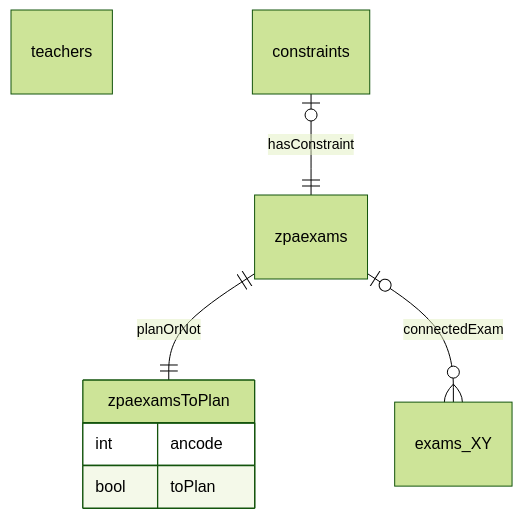
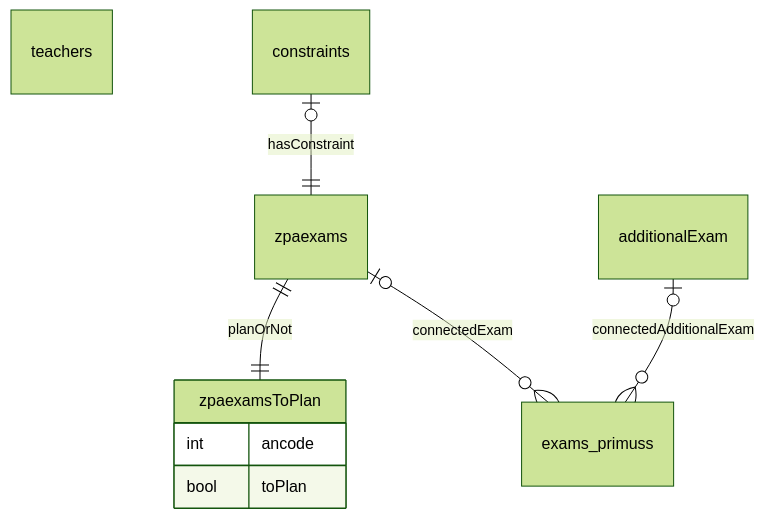
One commit to obcode/plexams.go changed the diagram in README.md. Above: the diagram before and after it, drawn with Mermaid (forest theme). The commit also changed 3 other files, not shown here.

Commit message:
🚧 connected exams

````diff
--- a/README.md
+++ b/README.md
@@ -10,12 +10,13 @@
 ```mermaid
 erDiagram
     teachers
     zpaexams
     zpaexamsToPlan {
         int ancode
         bool toPlan
     }
     zpaexams ||--|| zpaexamsToPlan: planOrNot
     constraints |o--|| zpaexams: hasConstraint
-    zpaexams |o--o{ exams_XY: connectedExam
+    zpaexams |o--o{ exams_primuss: connectedExam
+    additionalExam |o--o{ exams_primuss: connectedAdditionalExam
 ```
````
